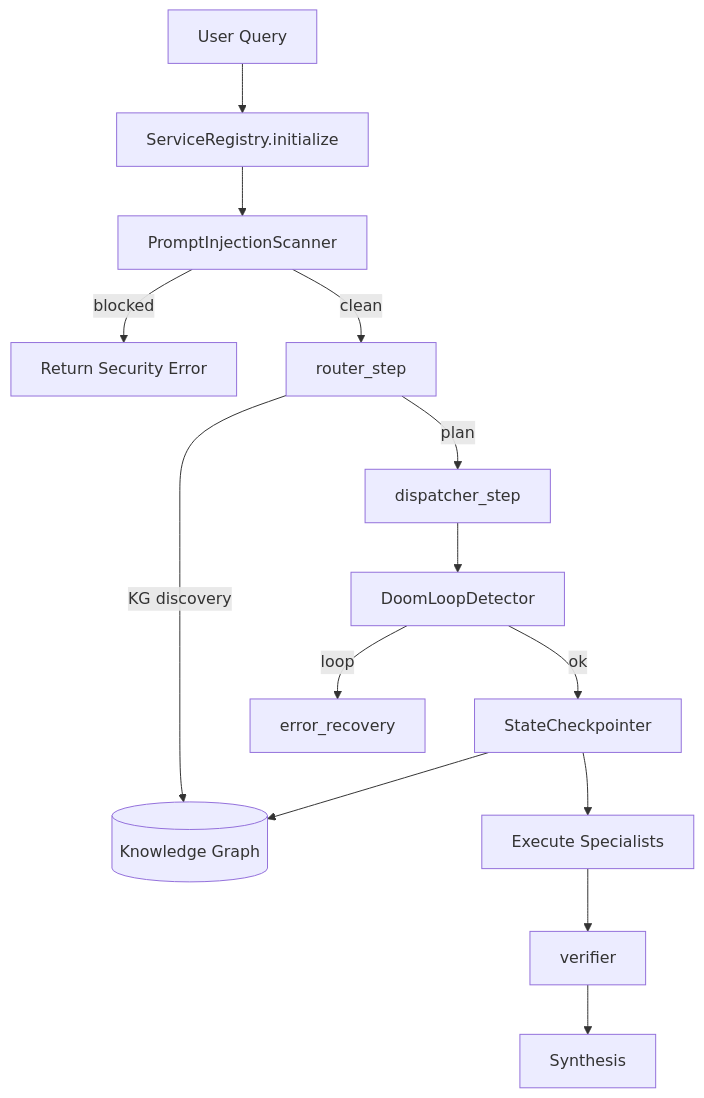
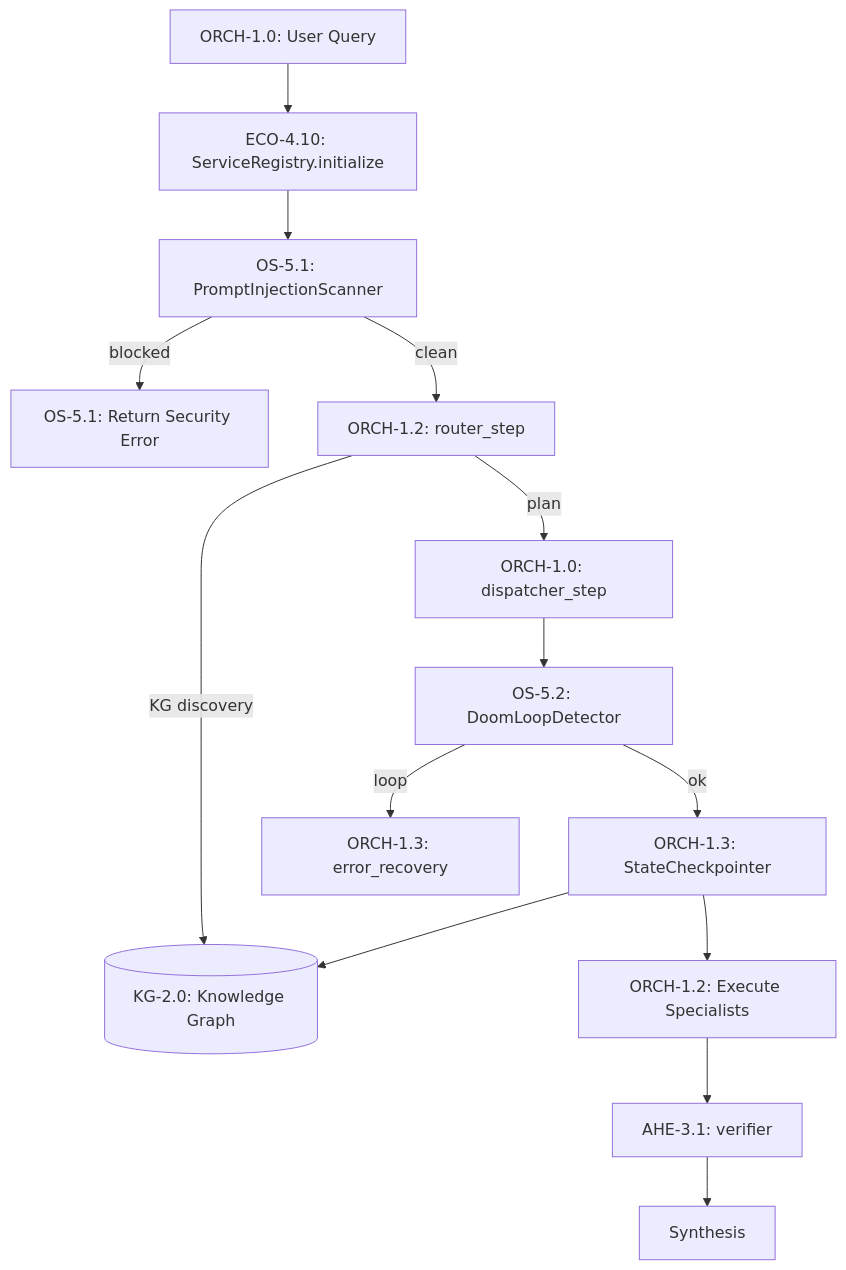
One commit to Knuckles-Team/agent-utilities changed the diagram in docs/guides/system_integration.md. Above: the diagram before and after it, drawn with Mermaid. The commit also changed 325 other files, not shown here.

````diff
--- a/docs/guides/system_integration.md
+++ b/docs/guides/system_integration.md
@@ -104,16 +104,16 @@
 ```mermaid
 flowchart TD
-    Q[User Query] --> SR[ServiceRegistry.initialize]
-    SR --> PS[PromptInjectionScanner]
-    PS -->|blocked| BLOCK[Return Security Error]
-    PS -->|clean| ROUTER[router_step]
-    ROUTER -->|KG discovery| KG[(Knowledge Graph)]
-    ROUTER -->|plan| DISP[dispatcher_step]
-    DISP --> DLD[DoomLoopDetector]
-    DLD -->|loop| ERROR[error_recovery]
-    DLD -->|ok| CKPT[StateCheckpointer]
+    Q[ORCH-1.0: User Query] --> SR[ECO-4.10: ServiceRegistry.initialize]
+    SR --> PS[OS-5.1: PromptInjectionScanner]
+    PS -->|blocked| BLOCK[OS-5.1: Return Security Error]
+    PS -->|clean| ROUTER[ORCH-1.2: router_step]
+    ROUTER -->|KG discovery| KG[(KG-2.0: Knowledge Graph)]
+    ROUTER -->|plan| DISP[ORCH-1.0: dispatcher_step]
+    DISP --> DLD[OS-5.2: DoomLoopDetector]
+    DLD -->|loop| ERROR[ORCH-1.3: error_recovery]
+    DLD -->|ok| CKPT[ORCH-1.3: StateCheckpointer]
     CKPT --> KG
-    CKPT --> EXEC[Execute Specialists]
-    EXEC --> VERIFY[verifier]
+    CKPT --> EXEC[ORCH-1.2: Execute Specialists]
+    EXEC --> VERIFY[AHE-3.1: verifier]
     VERIFY --> SYNTH[Synthesis]
 ```
````
